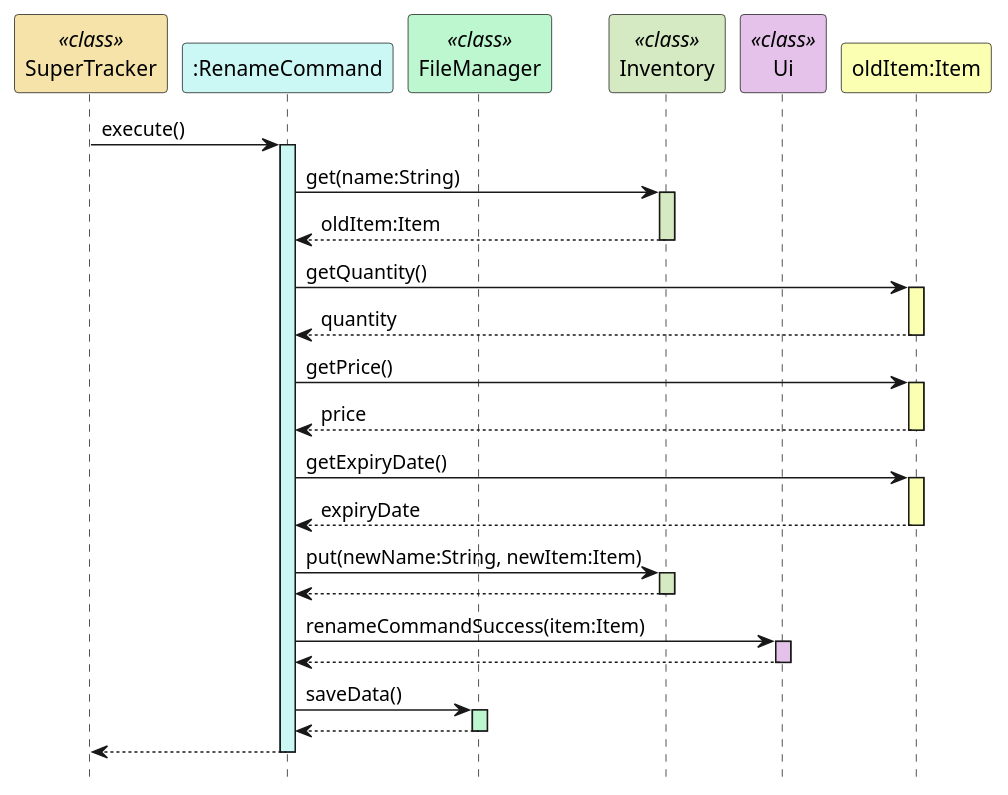
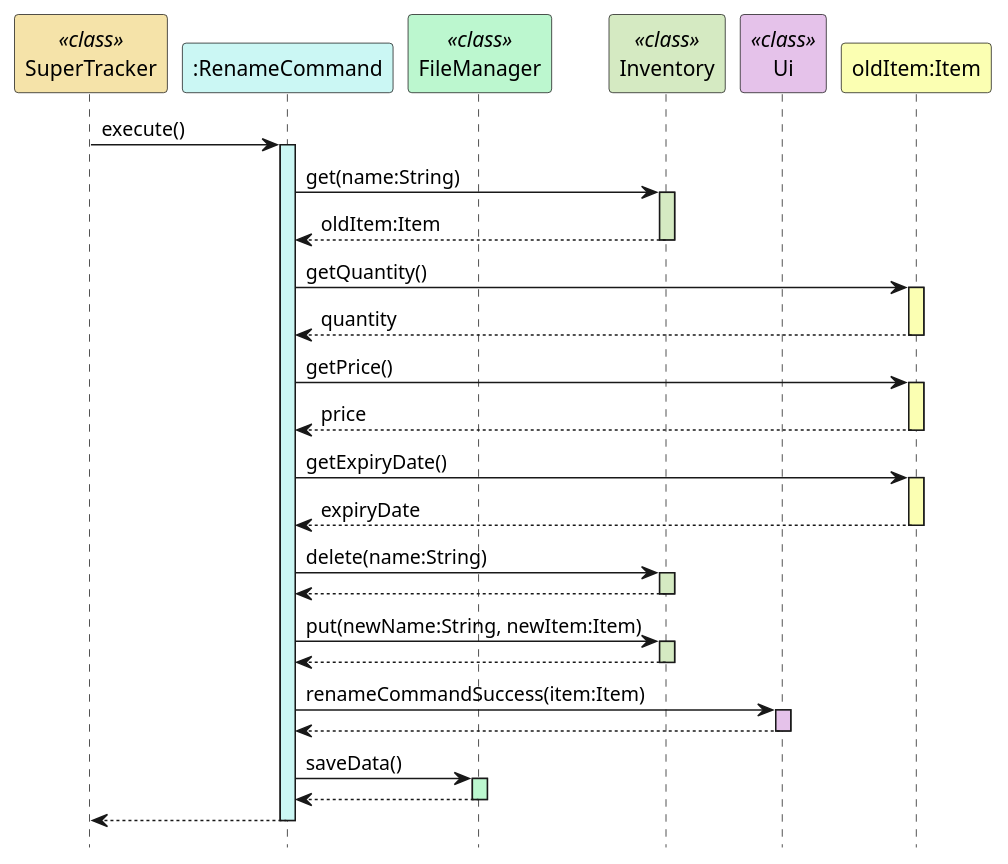
The second of 2 diagrams in docs/uml-diagrams/RenameCommand.puml (rismm/tp), drawn with PlantUML before and after one commit. The commit also changed other lines of this file and 5 other files, not shown here.

```diff
--- a/docs/uml-diagrams/RenameCommand.puml
+++ b/docs/uml-diagrams/RenameCommand.puml
@@ -61,50 +62,55 @@
 @startuml
 hide footbox
 participant "SuperTracker" as SuperTracker <<class>> #f5e3a9
 participant ":RenameCommand" as RenameCommand #cbf7f4
 participant "FileManager" as FileManager <<class>> #bcf7cf
 participant "Inventory" as Inventory <<class>> #d5eac2
 participant "Ui" as Ui <<class>> #e5c2ea
 participant "oldItem:Item" as Item #fbffb2
 
 SuperTracker -> RenameCommand : execute()
 activate RenameCommand #cbf7f4
 
 RenameCommand -> Inventory : get(name:String)
 activate Inventory #d5eac2
 Inventory --> RenameCommand : oldItem:Item
 deactivate Inventory
 
 RenameCommand -> Item: getQuantity()
 activate Item #fbffb2
 Item --> RenameCommand: quantity
 deactivate Item
 
 RenameCommand -> Item: getPrice()
 activate Item #fbffb2
 Item --> RenameCommand: price
 deactivate Item
 
 RenameCommand -> Item: getExpiryDate()
 activate Item #fbffb2
 Item --> RenameCommand: expiryDate
 deactivate Item
 
+RenameCommand -> Inventory : delete(name:String)
+activate Inventory #d5eac2
+Inventory --> RenameCommand
+deactivate Inventory
+
 RenameCommand -> Inventory : put(newName:String, newItem:Item)
 activate Inventory #d5eac2
 Inventory --> RenameCommand
 deactivate Inventory
 
 RenameCommand -> Ui : renameCommandSuccess(item:Item)
 activate Ui #e5c2ea
 Ui --> RenameCommand
 deactivate Ui
 
 RenameCommand -> FileManager : saveData()
 activate FileManager #bcf7cf
 FileManager --> RenameCommand
 deactivate FileManager
 
 RenameCommand --> SuperTracker
 deactivate RenameCommand
 @enduml
```
